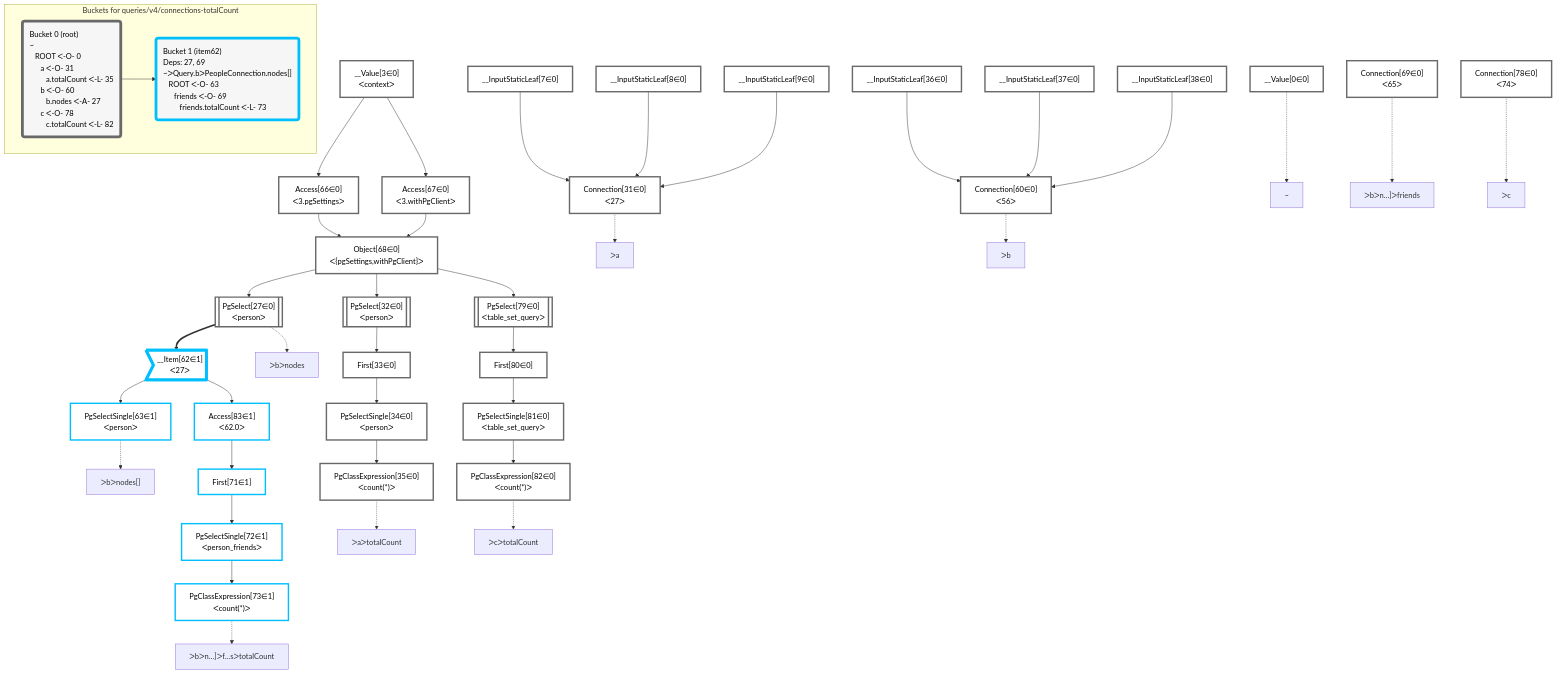
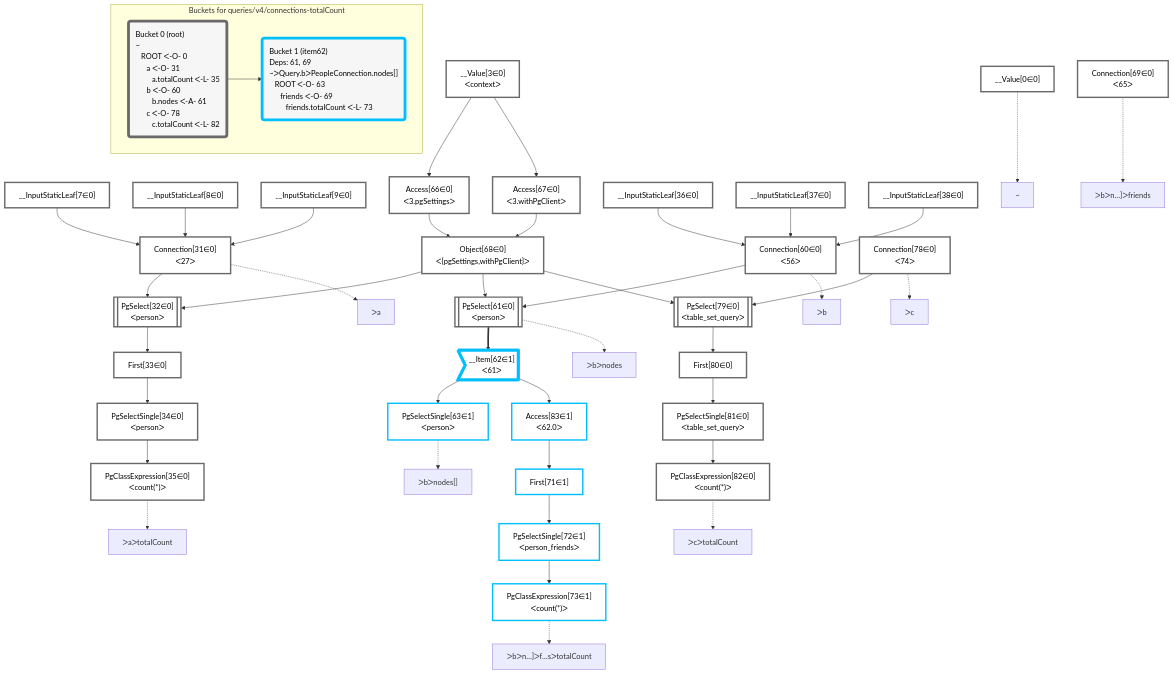
The diagram in packages/postgraphile/__tests__/queries/v4/connections-totalCount.mermaid (graphile/crystal), drawn with Mermaid before and after one commit. The commit also changed 2 other files, not shown here.

```diff
--- a/packages/postgraphile/__tests__/queries/v4/connections-totalCount.mermaid
+++ b/packages/postgraphile/__tests__/queries/v4/connections-totalCount.mermaid
@@ -1,93 +1,93 @@
 graph TD
     classDef path fill:#eee,stroke:#000,color:#000
     classDef plan fill:#fff,stroke-width:3px,color:#000
     classDef itemplan fill:#fff,stroke-width:6px,color:#000
     classDef sideeffectplan fill:#f00,stroke-width:6px,color:#000
     classDef bucket fill:#f6f6f6,color:#000,stroke-width:6px,text-align:left
 
 
     %% define plans
     __Value0["__Value[0∈0]"]:::plan
     __Value3["__Value[3∈0]<br />ᐸcontextᐳ"]:::plan
     __InputStaticLeaf7["__InputStaticLeaf[7∈0]"]:::plan
     __InputStaticLeaf8["__InputStaticLeaf[8∈0]"]:::plan
     __InputStaticLeaf9["__InputStaticLeaf[9∈0]"]:::plan
     Access66["Access[66∈0]<br />ᐸ3.pgSettingsᐳ"]:::plan
     Access67["Access[67∈0]<br />ᐸ3.withPgClientᐳ"]:::plan
     Object68["Object[68∈0]<br />ᐸ{pgSettings,withPgClient}ᐳ"]:::plan
-    PgSelect27[["PgSelect[27∈0]<br />ᐸpersonᐳ"]]:::plan
     Connection31["Connection[31∈0]<br />ᐸ27ᐳ"]:::plan
     PgSelect32[["PgSelect[32∈0]<br />ᐸpersonᐳ"]]:::plan
     First33["First[33∈0]"]:::plan
     PgSelectSingle34["PgSelectSingle[34∈0]<br />ᐸpersonᐳ"]:::plan
     PgClassExpression35["PgClassExpression[35∈0]<br />ᐸcount(*)ᐳ"]:::plan
     __InputStaticLeaf36["__InputStaticLeaf[36∈0]"]:::plan
     __InputStaticLeaf37["__InputStaticLeaf[37∈0]"]:::plan
     __InputStaticLeaf38["__InputStaticLeaf[38∈0]"]:::plan
     Connection60["Connection[60∈0]<br />ᐸ56ᐳ"]:::plan
-    __Item62>"__Item[62∈1]<br />ᐸ27ᐳ"]:::itemplan
+    PgSelect61[["PgSelect[61∈0]<br />ᐸpersonᐳ"]]:::plan
+    __Item62>"__Item[62∈1]<br />ᐸ61ᐳ"]:::itemplan
     PgSelectSingle63["PgSelectSingle[63∈1]<br />ᐸpersonᐳ"]:::plan
     Connection69["Connection[69∈0]<br />ᐸ65ᐳ"]:::plan
     Access83["Access[83∈1]<br />ᐸ62.0ᐳ"]:::plan
     First71["First[71∈1]"]:::plan
     PgSelectSingle72["PgSelectSingle[72∈1]<br />ᐸperson_friendsᐳ"]:::plan
     PgClassExpression73["PgClassExpression[73∈1]<br />ᐸcount(*)ᐳ"]:::plan
     Connection78["Connection[78∈0]<br />ᐸ74ᐳ"]:::plan
     PgSelect79[["PgSelect[79∈0]<br />ᐸtable_set_queryᐳ"]]:::plan
     First80["First[80∈0]"]:::plan
     PgSelectSingle81["PgSelectSingle[81∈0]<br />ᐸtable_set_queryᐳ"]:::plan
     PgClassExpression82["PgClassExpression[82∈0]<br />ᐸcount(*)ᐳ"]:::plan
 
     %% plan dependencies
     __Value3 --> Access66
     __Value3 --> Access67
     Access66 & Access67 --> Object68
-    Object68 --> PgSelect27
     __InputStaticLeaf7 & __InputStaticLeaf8 & __InputStaticLeaf9 --> Connection31
-    Object68 --> PgSelect32
+    Object68 & Connection31 --> PgSelect32
     PgSelect32 --> First33
     First33 --> PgSelectSingle34
     PgSelectSingle34 --> PgClassExpression35
     __InputStaticLeaf36 & __InputStaticLeaf37 & __InputStaticLeaf38 --> Connection60
-    PgSelect27 ==> __Item62
+    Object68 & Connection60 --> PgSelect61
+    PgSelect61 ==> __Item62
     __Item62 --> PgSelectSingle63
     __Item62 --> Access83
     Access83 --> First71
     First71 --> PgSelectSingle72
     PgSelectSingle72 --> PgClassExpression73
-    Object68 --> PgSelect79
+    Object68 & Connection78 --> PgSelect79
     PgSelect79 --> First80
     First80 --> PgSelectSingle81
     PgSelectSingle81 --> PgClassExpression82
 
     %% plan-to-path relationships
     P0["~"]
     __Value0 -.-> P0
-    P27["ᐳbᐳnodes"]
-    PgSelect27 -.-> P27
     P31["ᐳa"]
     Connection31 -.-> P31
     P35["ᐳaᐳtotalCount"]
     PgClassExpression35 -.-> P35
     P60["ᐳb"]
     Connection60 -.-> P60
+    P61["ᐳbᐳnodes"]
+    PgSelect61 -.-> P61
     P63["ᐳbᐳnodes[]"]
     PgSelectSingle63 -.-> P63
     P69["ᐳbᐳn…]ᐳfriends"]
     Connection69 -.-> P69
     P73["ᐳbᐳn…]ᐳf…sᐳtotalCount"]
     PgClassExpression73 -.-> P73
     P78["ᐳc"]
     Connection78 -.-> P78
     P82["ᐳcᐳtotalCount"]
     PgClassExpression82 -.-> P82
 
     subgraph "Buckets for queries/v4/connections-totalCount"
-    Bucket0("Bucket 0 (root)<br />~<br />⠀ROOT ᐸ-O- 0<br />⠀⠀a ᐸ-O- 31<br />⠀⠀⠀a.totalCount ᐸ-L- 35<br />⠀⠀b ᐸ-O- 60<br />⠀⠀⠀b.nodes ᐸ-A- 27<br />⠀⠀c ᐸ-O- 78<br />⠀⠀⠀c.totalCount ᐸ-L- 82"):::bucket
+    Bucket0("Bucket 0 (root)<br />~<br />⠀ROOT ᐸ-O- 0<br />⠀⠀a ᐸ-O- 31<br />⠀⠀⠀a.totalCount ᐸ-L- 35<br />⠀⠀b ᐸ-O- 60<br />⠀⠀⠀b.nodes ᐸ-A- 61<br />⠀⠀c ᐸ-O- 78<br />⠀⠀⠀c.totalCount ᐸ-L- 82"):::bucket
     classDef bucket0 stroke:#696969
-    class Bucket0,__Value0,__Value3,__InputStaticLeaf7,__InputStaticLeaf8,__InputStaticLeaf9,PgSelect27,Connection31,PgSelect32,First33,PgSelectSingle34,PgClassExpression35,__InputStaticLeaf36,__InputStaticLeaf37,__InputStaticLeaf38,Connection60,Access66,Access67,Object68,Connection69,Connection78,PgSelect79,First80,PgSelectSingle81,PgClassExpression82 bucket0
-    Bucket1("Bucket 1 (item62)<br />Deps: 27, 69<br />~ᐳQuery.bᐳPeopleConnection.nodes[]<br />⠀ROOT ᐸ-O- 63<br />⠀⠀friends ᐸ-O- 69<br />⠀⠀⠀friends.totalCount ᐸ-L- 73"):::bucket
+    class Bucket0,__Value0,__Value3,__InputStaticLeaf7,__InputStaticLeaf8,__InputStaticLeaf9,Connection31,PgSelect32,First33,PgSelectSingle34,PgClassExpression35,__InputStaticLeaf36,__InputStaticLeaf37,__InputStaticLeaf38,Connection60,PgSelect61,Access66,Access67,Object68,Connection69,Connection78,PgSelect79,First80,PgSelectSingle81,PgClassExpression82 bucket0
+    Bucket1("Bucket 1 (item62)<br />Deps: 61, 69<br />~ᐳQuery.bᐳPeopleConnection.nodes[]<br />⠀ROOT ᐸ-O- 63<br />⠀⠀friends ᐸ-O- 69<br />⠀⠀⠀friends.totalCount ᐸ-L- 73"):::bucket
     classDef bucket1 stroke:#00bfff
     class Bucket1,__Item62,PgSelectSingle63,First71,PgSelectSingle72,PgClassExpression73,Access83 bucket1
     Bucket0 --> Bucket1
     end
```
